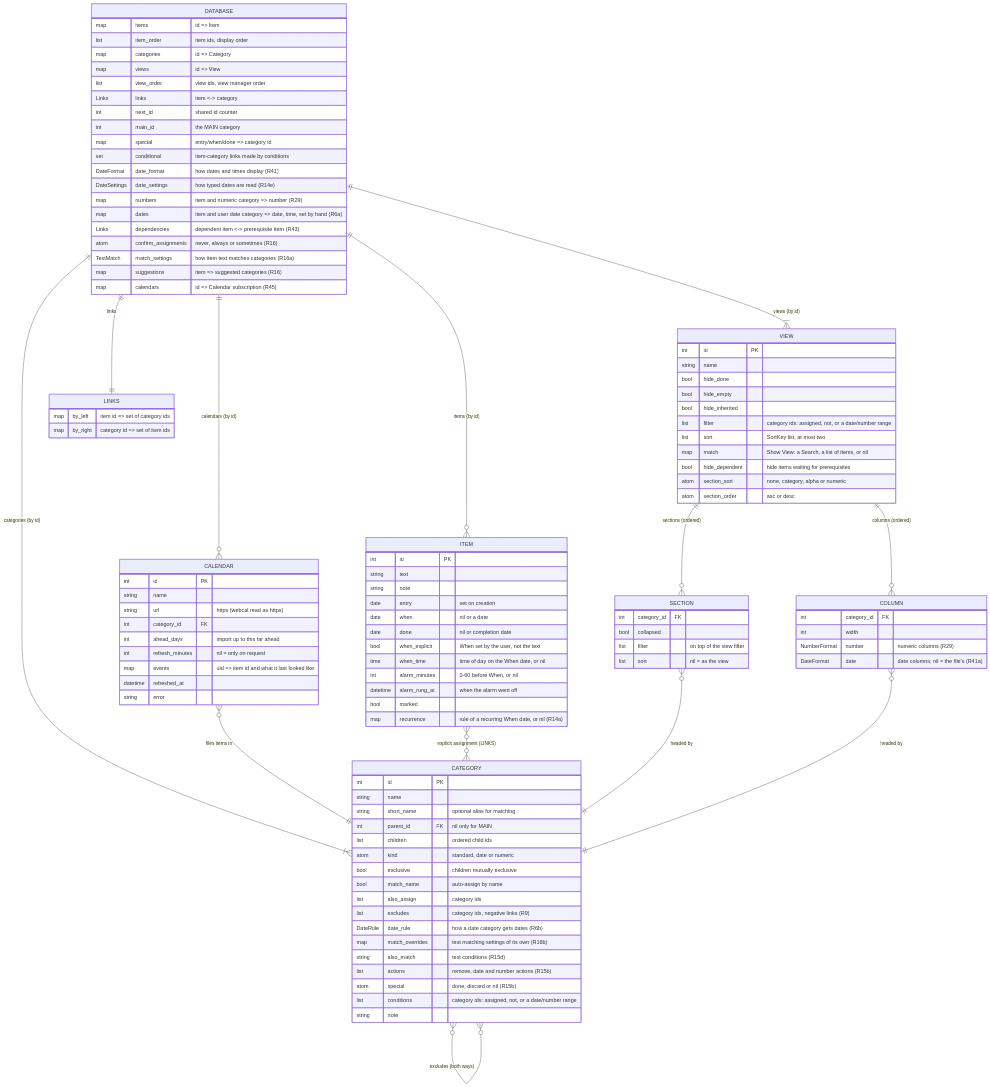
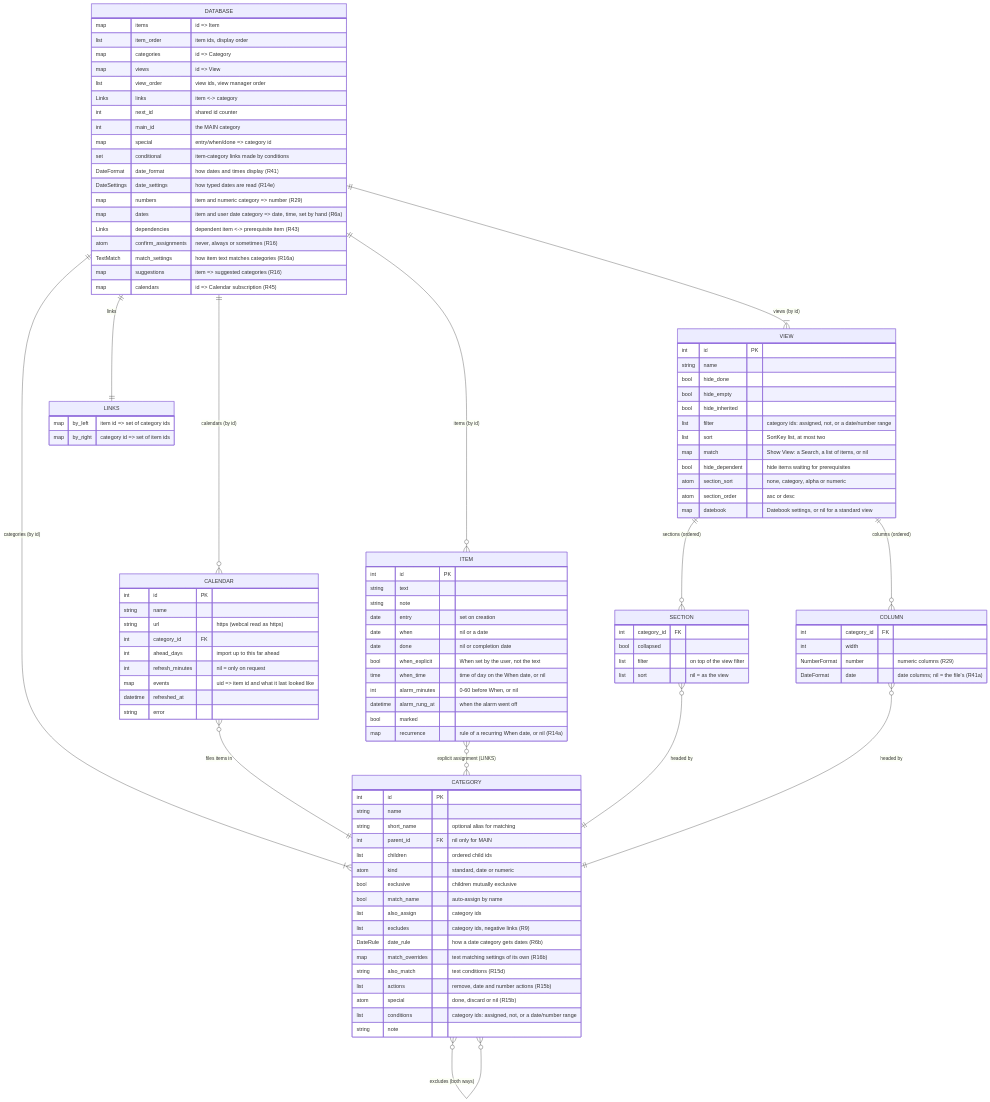
One commit to jamting/agendum changed the first of 6 diagrams in docs/DATA_MODEL.md. Above: the diagram before and after it, drawn with Mermaid. The commit also changed other lines of this file and 19 other files, not shown here.

```diff
--- a/docs/DATA_MODEL.md
+++ b/docs/DATA_MODEL.md
@@ -92,6 +92,7 @@
         bool hide_dependent "hide items waiting for prerequisites"
         atom section_sort "none, category, alpha or numeric"
         atom section_order "asc or desc"
+        map datebook "Datebook settings, or nil for a standard view"
     }
     SECTION {
         int category_id FK
```
